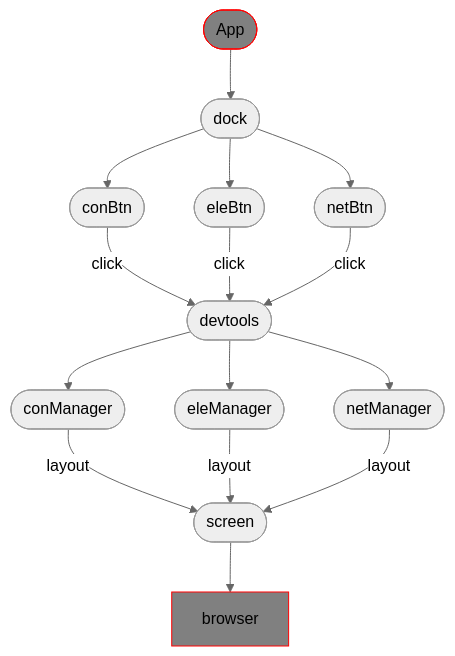
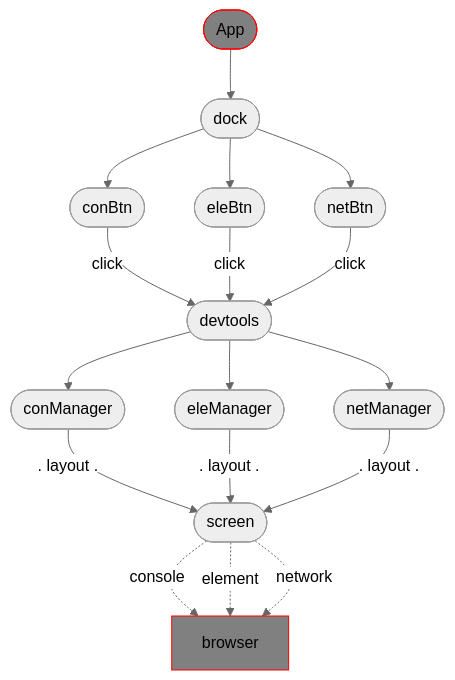
The first of 2 diagrams in README.md (moo-m/MDev), drawn with Mermaid (neutral theme) before and after one commit.

````diff
--- a/README.md
+++ b/README.md
@@ -91,43 +91,45 @@
 ```mermaid
 flowchart TB
 
 app([App])
 
 dock([dock])
 
 app --> dock
 
 conBtn([conBtn])
 eleBtn([eleBtn])
 netBtn([netBtn])
 
 dock --> conBtn
 dock --> eleBtn
 dock --> netBtn
 
 devtools([devtools])
 
 conBtn --> |click| devtools
 eleBtn --> |click| devtools
 netBtn --> |click| devtools
 
 conManager([conManager])
 eleManager([eleManager])
 netManager([netManager])
 
 devtools --> conManager
 devtools --> eleManager
 devtools --> netManager
 
 screen([screen])
 
-conManager --layout--> screen
-eleManager --layout--> screen
-netManager --layout--> screen
+conManager --. layout .--> screen
+eleManager --. layout .--> screen
+netManager --. layout .--> screen
 
-screen --> browser[browser]
+screen -.->|console| browser[browser]
+screen -.->|element| browser[browser]
+screen -.->|network| browser[browser]
 
 style app fill:gray,stroke:red
 style browser fill:gray,stroke:red
 
 ```
````
